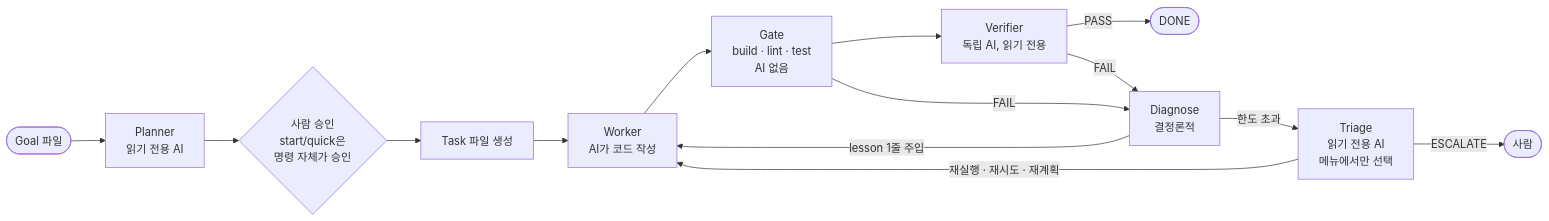
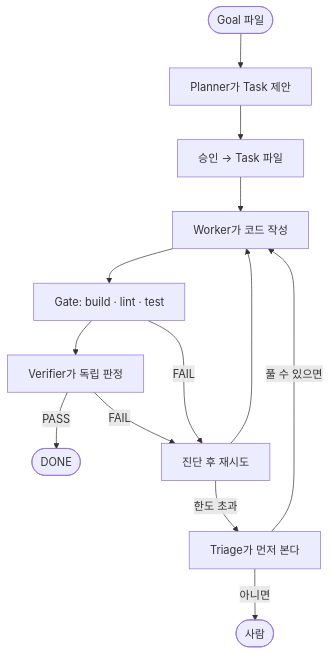
Before and after one commit to JJleem/molt-loop: the first of 5 diagrams in README.md, drawn with Mermaid. The commit also changed other lines of this file and 1 other file, not shown here.

First line of the commit message:
docs: simpler diagrams and a concrete first-session example in the README

````diff
--- a/README.md
+++ b/README.md
@@ -11,16 +11,15 @@
 ```mermaid
-flowchart LR
-    G([Goal 파일]) --> P[Planner<br/>읽기 전용 AI]
-    P --> A{사람 승인<br/>start/quick은<br/>명령 자체가 승인}
-    A --> T[Task 파일 생성]
-    T --> W[Worker<br/>AI가 코드 작성]
-    W --> GT[Gate<br/>build · lint · test<br/>AI 없음]
-    GT --> V[Verifier<br/>독립 AI, 읽기 전용]
+flowchart TD
+    G([Goal 파일]) --> P[Planner가 Task 제안]
+    P --> A[승인 → Task 파일]
+    A --> W[Worker가 코드 작성]
+    W --> GT[Gate: build · lint · test]
+    GT --> V[Verifier가 독립 판정]
     V -->|PASS| D([DONE])
-    GT -->|FAIL| DG[Diagnose<br/>결정론적]
-    V -->|FAIL| DG
-    DG -->|lesson 1줄 주입| W
-    DG -->|한도 초과| TR[Triage<br/>읽기 전용 AI<br/>메뉴에서만 선택]
-    TR -->|재실행 · 재시도 · 재계획| W
-    TR -->|ESCALATE| H([사람])
+    GT -->|FAIL| R[진단 후 재시도]
+    V -->|FAIL| R
+    R --> W
+    R -->|한도 초과| T[Triage가 먼저 본다]
+    T -->|풀 수 있으면| W
+    T -->|아니면| H([사람])
 ```
````
